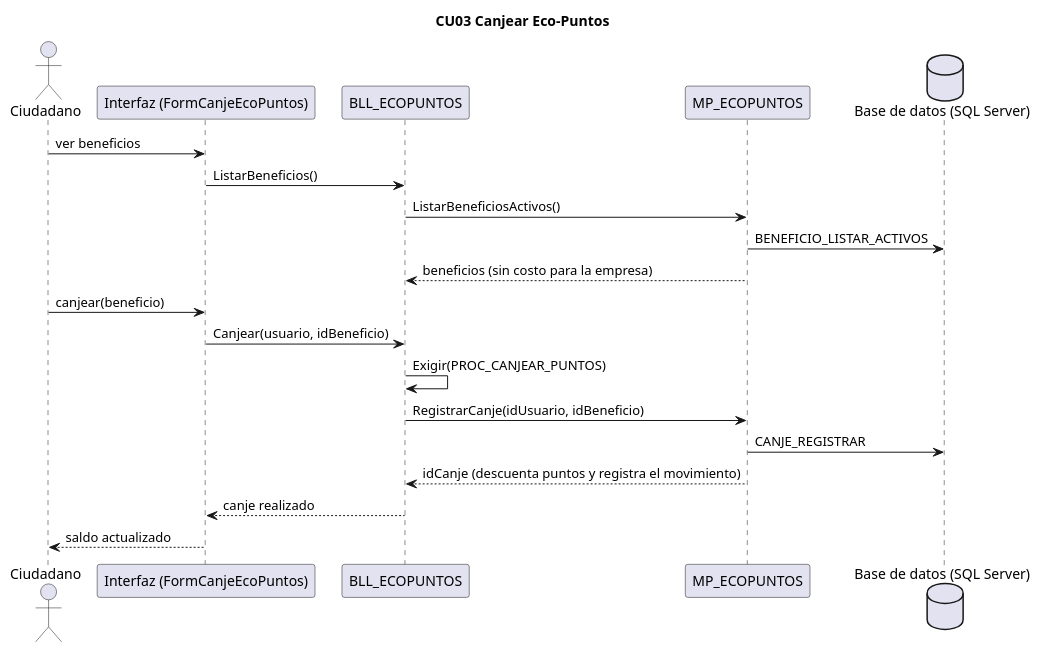
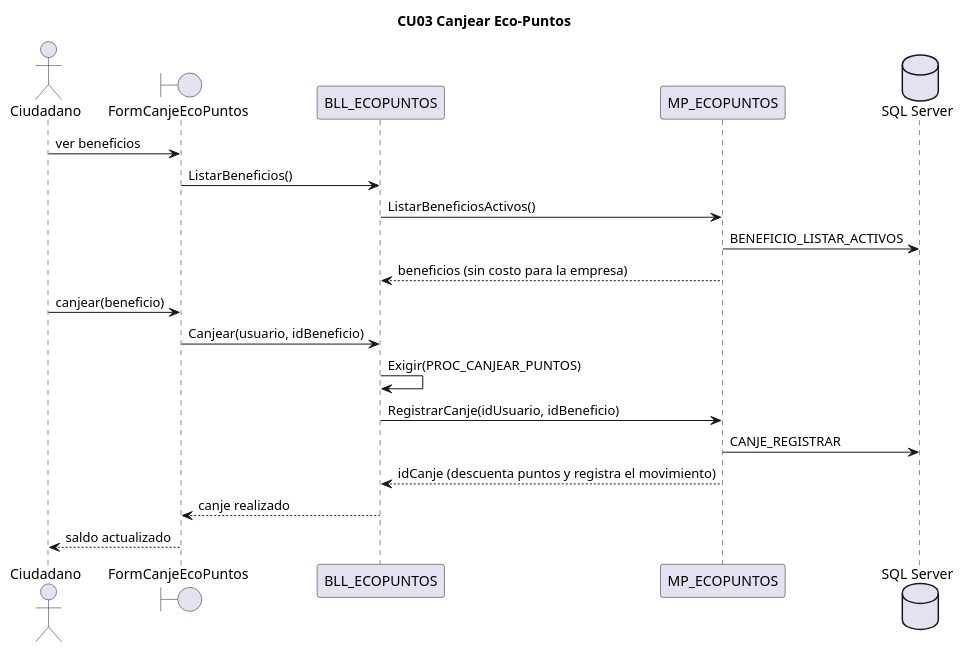
Before and after one commit to L-Muniz/uai-diploma_2026: the diagram in docs/diagramas/secuencias/CU03_canjear_eco_puntos.puml, drawn with PlantUML. The commit also changed 36 other files, not shown here.

Commit message:
Docs: secuencias con símbolos de interfaz (boundary) y base de datos (database) de PlantUML

```diff
--- a/docs/diagramas/secuencias/CU03_canjear_eco_puntos.puml
+++ b/docs/diagramas/secuencias/CU03_canjear_eco_puntos.puml
@@ -1,21 +1,21 @@
 @startuml CU03
 title CU03 Canjear Eco-Puntos
 actor Ciudadano
-participant "Interfaz (FormCanjeEcoPuntos)" as IU
+boundary "FormCanjeEcoPuntos" as IU
 participant "BLL_ECOPUNTOS" as BLL
 participant "MP_ECOPUNTOS" as DAL
-database "Base de datos (SQL Server)" as BD
+database "SQL Server" as BD
 Ciudadano -> IU : ver beneficios
 IU -> BLL : ListarBeneficios()
 BLL -> DAL : ListarBeneficiosActivos()
 DAL -> BD : BENEFICIO_LISTAR_ACTIVOS
 DAL --> BLL : beneficios (sin costo para la empresa)
 Ciudadano -> IU : canjear(beneficio)
 IU -> BLL : Canjear(usuario, idBeneficio)
 BLL -> BLL : Exigir(PROC_CANJEAR_PUNTOS)
 BLL -> DAL : RegistrarCanje(idUsuario, idBeneficio)
 DAL -> BD : CANJE_REGISTRAR
 DAL --> BLL : idCanje (descuenta puntos y registra el movimiento)
 BLL --> IU : canje realizado
 IU --> Ciudadano : saldo actualizado
 @enduml
```
